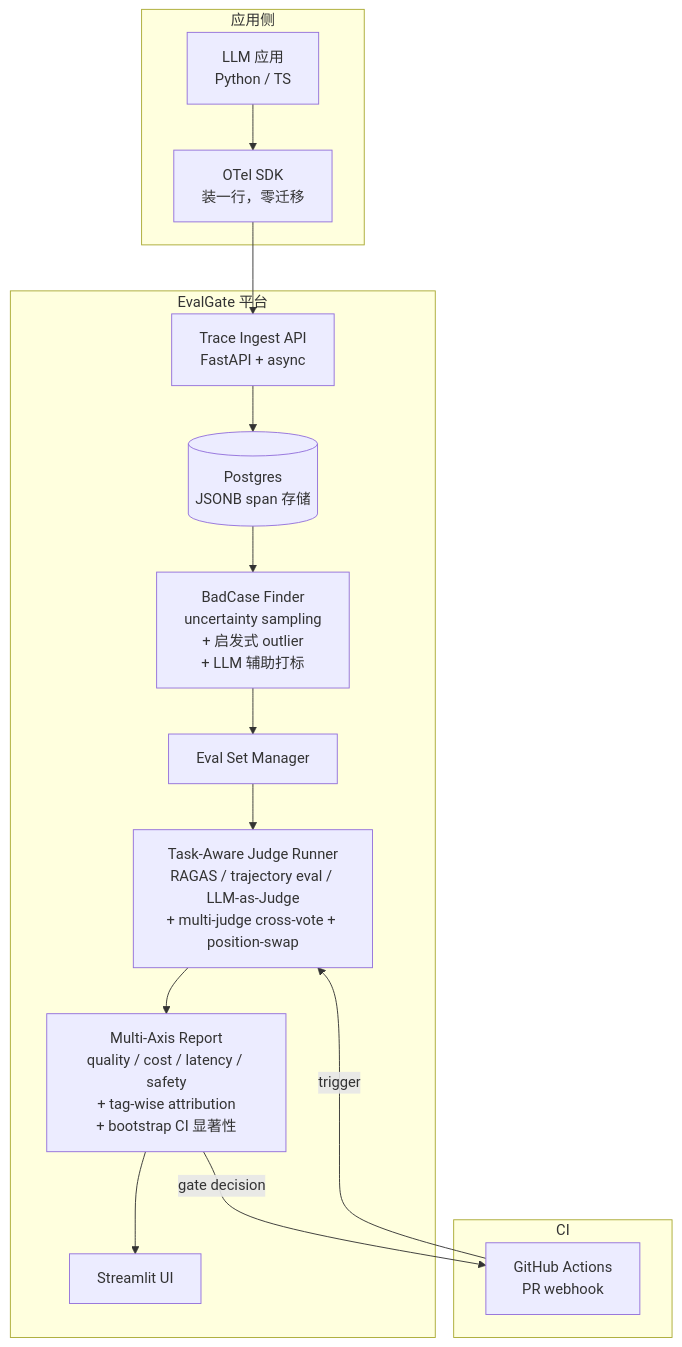
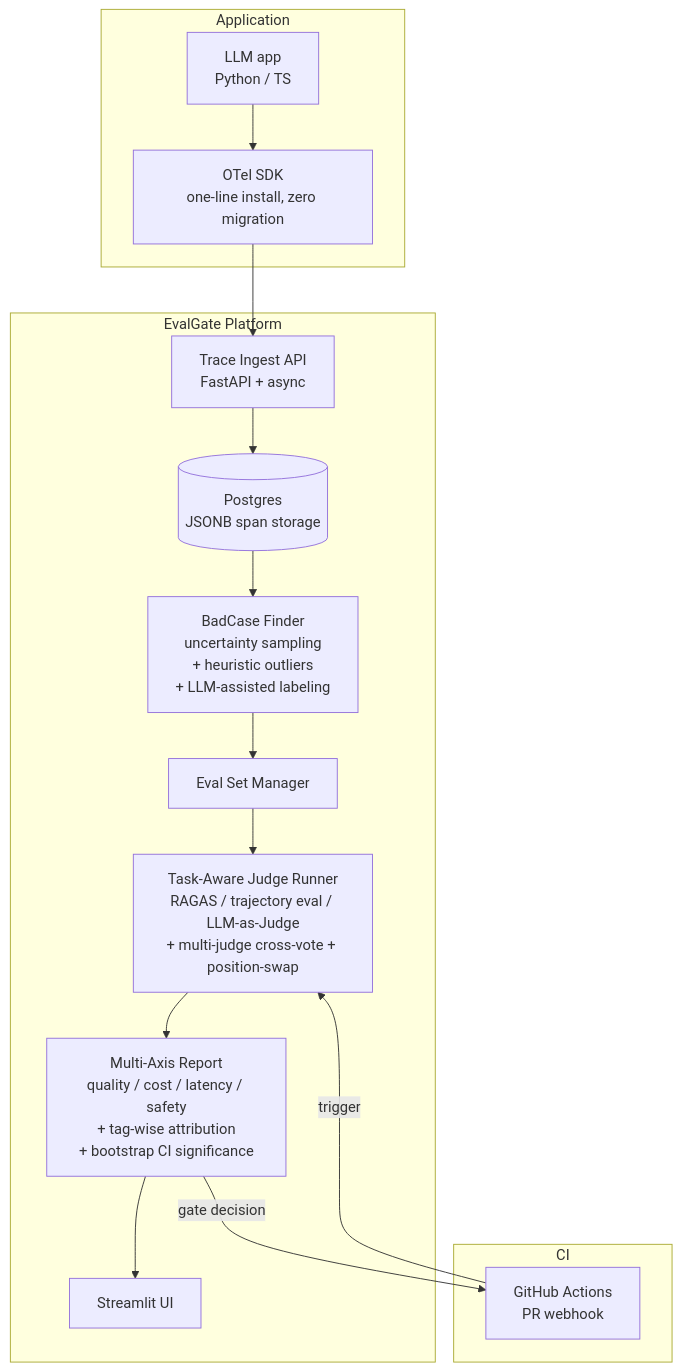
Before and after one commit to AndyUneducated/eval-gate: the second of 4 diagrams in docs/design.md, drawn with Mermaid. The commit also changed other lines of this file and 22 other files, not shown here.

````diff
--- a/docs/design.md
+++ b/docs/design.md
@@ -80,28 +80,28 @@
 ```mermaid
 graph TB
-    subgraph 应用侧
-        APP[LLM 应用<br/>Python / TS]
-        OTEL[OTel SDK<br/>装一行，零迁移]
+    subgraph Application
+        APP[LLM app<br/>Python / TS]
+        OTEL[OTel SDK<br/>one-line install, zero migration]
     end
 
-    subgraph EvalGate 平台
+    subgraph EvalGate Platform
         INGEST[Trace Ingest API<br/>FastAPI + async]
-        DB[(Postgres<br/>JSONB span 存储)]
-        FINDER[BadCase Finder<br/>uncertainty sampling<br/>+ 启发式 outlier<br/>+ LLM 辅助打标]
+        DB[(Postgres<br/>JSONB span storage)]
+        FINDER[BadCase Finder<br/>uncertainty sampling<br/>+ heuristic outliers<br/>+ LLM-assisted labeling]
         EVALSET[Eval Set Manager]
         RUNNER[Task-Aware Judge Runner<br/>RAGAS / trajectory eval / LLM-as-Judge<br/>+ multi-judge cross-vote + position-swap]
-        REPORT[Multi-Axis Report<br/>quality / cost / latency / safety<br/>+ tag-wise attribution<br/>+ bootstrap CI 显著性]
+        REPORT[Multi-Axis Report<br/>quality / cost / latency / safety<br/>+ tag-wise attribution<br/>+ bootstrap CI significance]
         UI[Streamlit UI]
     end
 
     subgraph CI
         GHA[GitHub Actions<br/>PR webhook]
     end
 
     APP --> OTEL --> INGEST --> DB
     DB --> FINDER --> EVALSET
     GHA -->|trigger| RUNNER
     EVALSET --> RUNNER --> REPORT
     REPORT --> UI
     REPORT -->|gate decision| GHA
 ```
````
